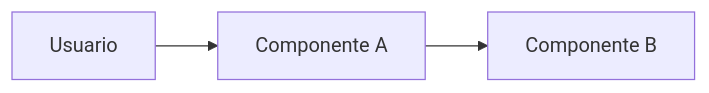
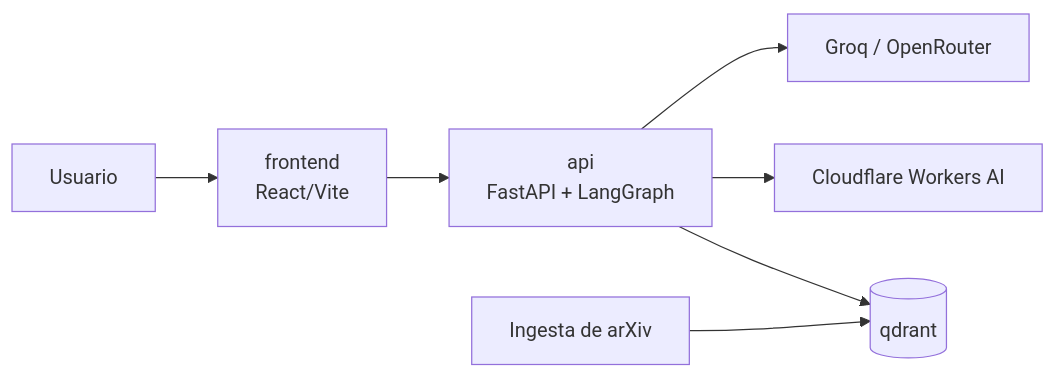
Before and after one commit to Bootcamp-IA-MAD-P7/llm-victor: the first of 3 diagrams in docs/ARCHITECTURE.md, drawn with Mermaid. The commit also changed other lines of this file and 2 other files, not shown here.

Commit message:
docs(architecture): define target architecture and ADR-0001

````diff
--- a/docs/ARCHITECTURE.md
+++ b/docs/ARCHITECTURE.md
@@ -15,5 +15,9 @@
 ```mermaid
 flowchart LR
-    U[Usuario] --> A[Componente A]
-    A --> B[Componente B]
+    U[Usuario] --> W[frontend<br/>React/Vite]
+    W --> A[api<br/>FastAPI + LangGraph]
+    A --> T[Groq / OpenRouter]
+    A --> C[Cloudflare Workers AI]
+    A --> Q[(qdrant)]
+    I[Ingesta de arXiv] --> Q
 ```
````
